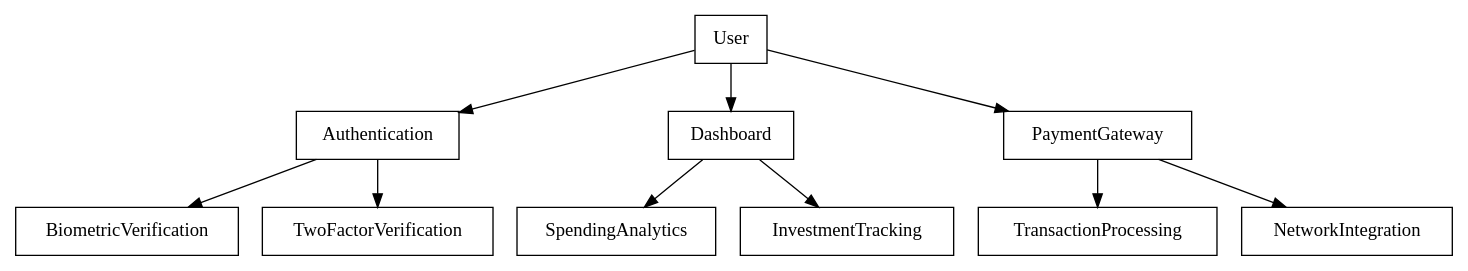
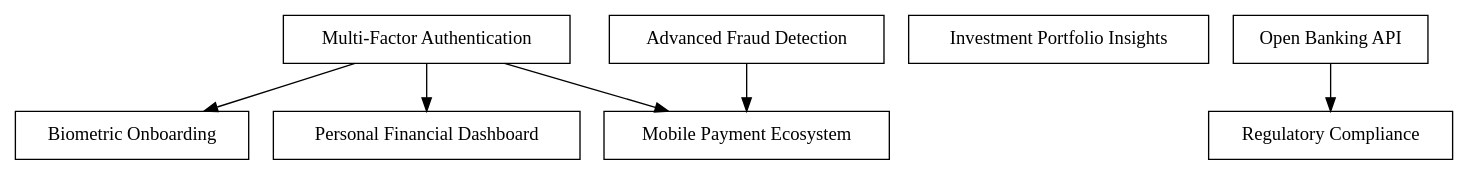
The diagram in autoagents-backend/app/data/visualization.dot (Naveen-Malavath/Internship), drawn with Graphviz before and after one commit. The commit also changed 49 other files, not shown here.

```diff
--- a/autoagents-backend/app/data/visualization.dot
+++ b/autoagents-backend/app/data/visualization.dot
@@ -1,12 +1,17 @@
-digraph BankingPlatform {
+digraph FinancialPlatform {
     node [shape=box];
-    User -> Authentication;
-    Authentication -> BiometricVerification;
-    Authentication -> TwoFactorVerification;
-    User -> Dashboard;
-    Dashboard -> SpendingAnalytics;
-    Dashboard -> InvestmentTracking;
-    User -> PaymentGateway;
-    PaymentGateway -> TransactionProcessing;
-    PaymentGateway -> NetworkIntegration;
+    UserAuth [label="Multi-Factor Authentication"];
+    Onboarding [label="Biometric Onboarding"];
+    Payments [label="Mobile Payment Ecosystem"];
+    Dashboard [label="Personal Financial Dashboard"];
+    Investments [label="Investment Portfolio Insights"];
+    FraudDetection [label="Advanced Fraud Detection"];
+    OpenBanking [label="Open Banking API"];
+    Compliance [label="Regulatory Compliance"];
+
+    UserAuth -> Onboarding;
+    UserAuth -> Payments;
+    UserAuth -> Dashboard;
+    FraudDetection -> Payments;
+    OpenBanking -> Compliance;
 }
```
